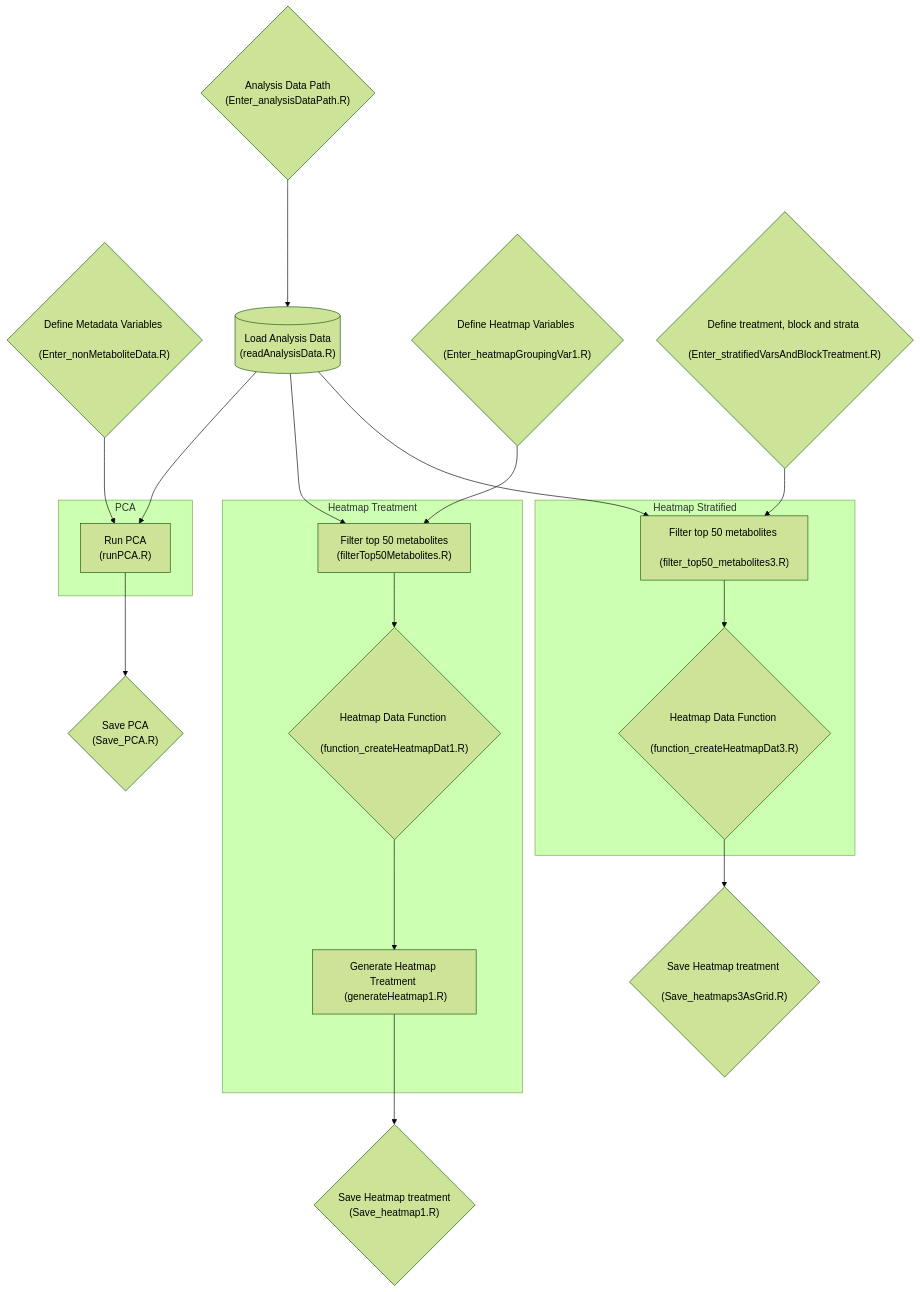
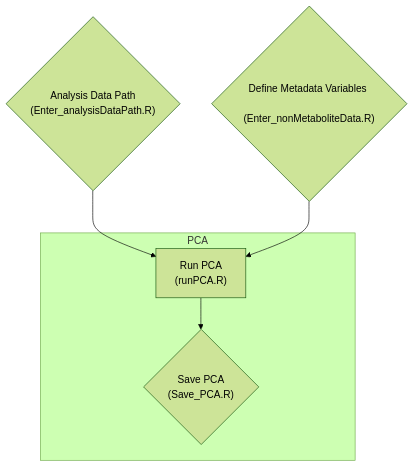
Before and after one commit to datalifecycle-ua/MetabolomicsPipeline: the third of 11 diagrams in README.qmd, drawn with Mermaid (forest theme). The commit also changed other lines of this file and 40 other files, not shown here.

````diff
--- a/README.qmd
+++ b/README.qmd
@@ -173,58 +175,22 @@
 ```{mermaid}
 flowchart TD
     
     %% Define nodes
     A{"Analysis Data Path <br> (Enter_analysisDataPath.R)"}
     B{"Define Metadata Variables <br> (Enter_nonMetaboliteData.R)"}
 
-    C[("Load Analysis Data <br> (readAnalysisData.R)")]
-
     D["Run PCA <br> (runPCA.R)"]
 
     E{"Save PCA <br> (Save_PCA.R)"}
 
-    F{"Define Heatmap Variables <br> (Enter_heatmapGroupingVar1.R)"}
-
-    G["Filter top 50 metabolites <br> (filterTop50Metabolites.R)"]
-
-    H{"Heatmap Data Function <br> (function_createHeatmapDat1.R)"}
-
-    I["Generate Heatmap Treatment <br> (generateHeatmap1.R)"]
-    J{"Save Heatmap treatment <br> (Save_heatmap1.R)"}
-
-%% Heatmap 2 
- K{"Define treatment, block and strata <br> (Enter_stratifiedVarsAndBlockTreatment.R)"}
-
-    L["Filter top 50 metabolites <br> (filter_top50_metabolites3.R)"]
-
-    M{"Heatmap Data Function <br> (function_createHeatmapDat3.R)"}
-
-    O{"Save Heatmap treatment <br> (Save_heatmaps3AsGrid.R)"}
 
 %% Establish relationships
 
-    A-->C
+    A-->D
     B --> D
-    C --> D
-    D --> E
     subgraph PCA
-        D
+        D--> E
+    end
 
-    end
-    E
-    C --> G
-    F --> G
-    subgraph Heatmap Treatment
-        G --> H
-        H --> I
-    end
-    I --> J
-
-    K --> L
-    C--> L
-    subgraph Heatmap Stratified
-    L --> M
-    end
-    M--> O
 
 ```
````
